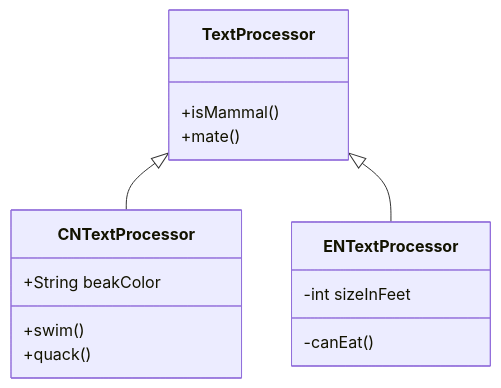
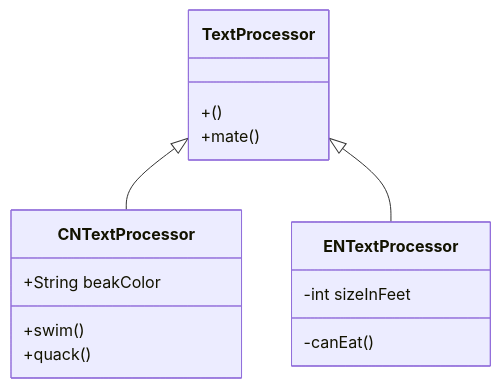
The diagram in all/未命名.md (Jason-DancingBoy/iodraw-files), drawn with Mermaid before and after one commit.

Commit message:
2026-01-02 20:32:14 update

````diff
--- a/all/未命名.md
+++ b/all/未命名.md
@@ -1,17 +1,17 @@
 ```mermaid
 classDiagram
     TextProcessor <|-- CNTextProcessor
     TextProcessor <|-- ENTextProcessor
-    TextProcessor: +isMammal()
+    TextProcessor: +()
     TextProcessor: +mate()
     class CNTextProcessor{
       +String beakColor
       +swim()
       +quack()
     }
     class ENTextProcessor{
       -int sizeInFeet
       -canEat()
     }
             
 ```
````
